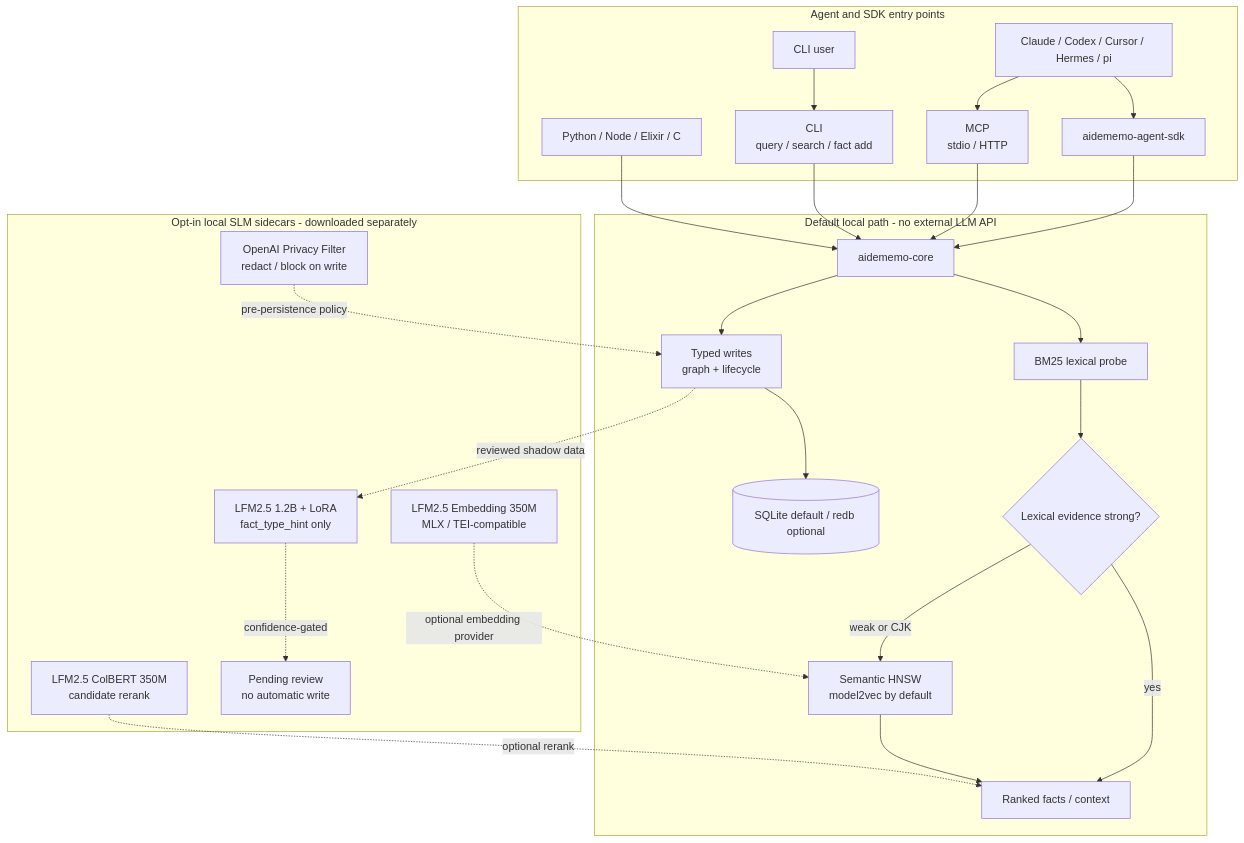
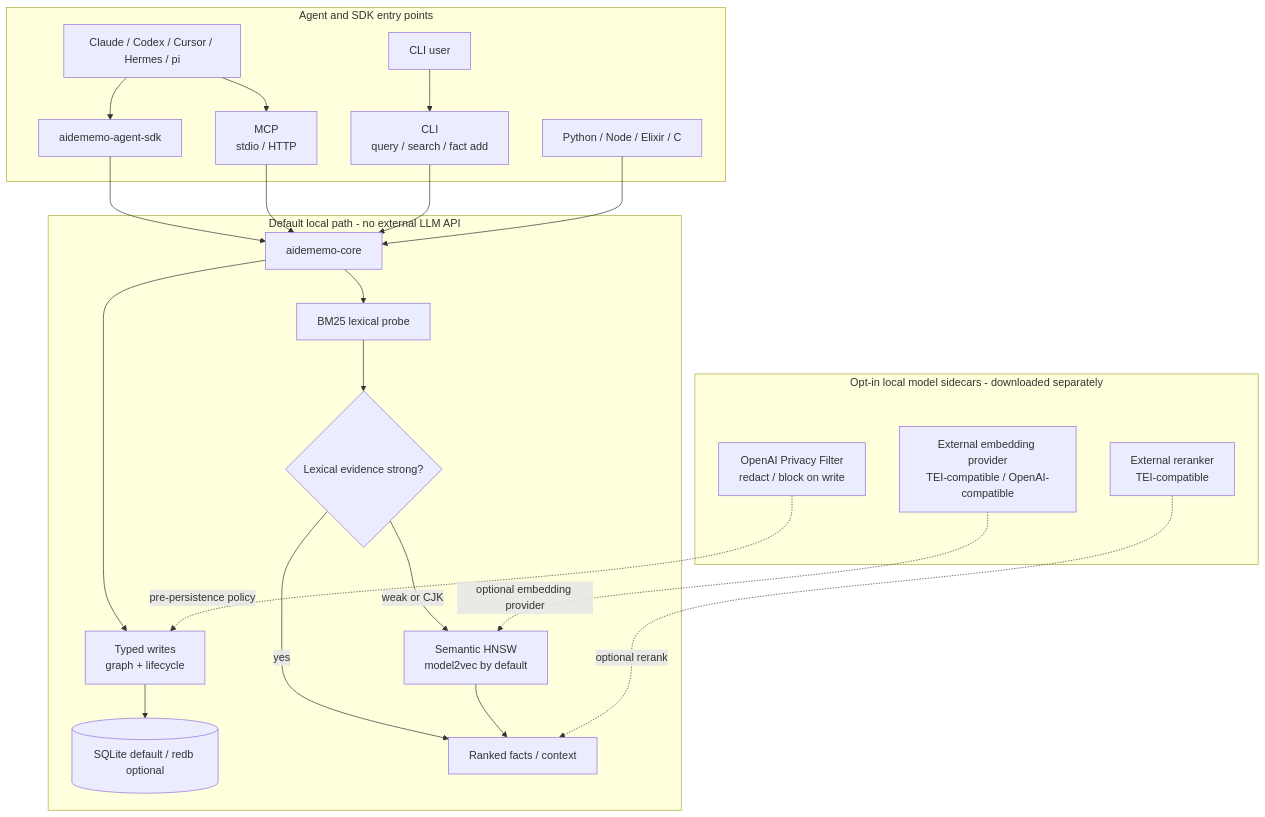
One commit to taeyun16/aidememo changed the diagram in README.md. Above: the diagram before and after it, drawn with Mermaid. The commit also changed 38 other files, not shown here.

````diff
--- a/README.md
+++ b/README.md
@@ -66,46 +66,42 @@
 ```mermaid
 flowchart TB
     subgraph access["Agent and SDK entry points"]
         agent["Claude / Codex / Cursor / Hermes / pi"]
         human["CLI user"]
         sdk["aidememo-agent-sdk"]
         mcp["MCP<br/>stdio / HTTP"]
         cli["CLI<br/>query / search / fact add"]
         bindings["Python / Node / Elixir / C"]
         agent --> sdk
         agent --> mcp
         human --> cli
     end
 
     subgraph default_path["Default local path - no external LLM API"]
         core["aidememo-core"]
         write_path["Typed writes<br/>graph + lifecycle"]
         store[("SQLite default / redb optional")]
         bm25["BM25 lexical probe"]
         auto_gate{"Lexical evidence strong?"}
         semantic["Semantic HNSW<br/>model2vec by default"]
         ranked["Ranked facts / context"]
         core --> write_path --> store
         core --> bm25 --> auto_gate
         auto_gate -->|yes| ranked
         auto_gate -->|weak or CJK| semantic --> ranked
     end
 
-    subgraph optional_models["Opt-in local SLM sidecars - downloaded separately"]
-        lfm_embed["LFM2.5 Embedding 350M<br/>MLX / TEI-compatible"]
-        lfm_rerank["LFM2.5 ColBERT 350M<br/>candidate rerank"]
-        lfm_type["LFM2.5 1.2B + LoRA<br/>fact_type_hint only"]
-        type_review["Pending review<br/>no automatic write"]
+    subgraph optional_models["Opt-in local model sidecars - downloaded separately"]
         privacy_model["OpenAI Privacy Filter<br/>redact / block on write"]
-        lfm_type -. "confidence-gated" .-> type_review
+        external_embed["External embedding provider<br/>TEI-compatible / OpenAI-compatible"]
+        external_rerank["External reranker<br/>TEI-compatible"]
     end
 
     sdk --> core
     mcp --> core
     cli --> core
     bindings --> core
-    lfm_embed -. "optional embedding provider" .-> semantic
-    lfm_rerank -. "optional rerank" .-> ranked
-    write_path -. "reviewed shadow data" .-> lfm_type
+    external_embed -. "optional embedding provider" .-> semantic
+    external_rerank -. "optional rerank" .-> ranked
     privacy_model -. "pre-persistence policy" .-> write_path
 ```
````
